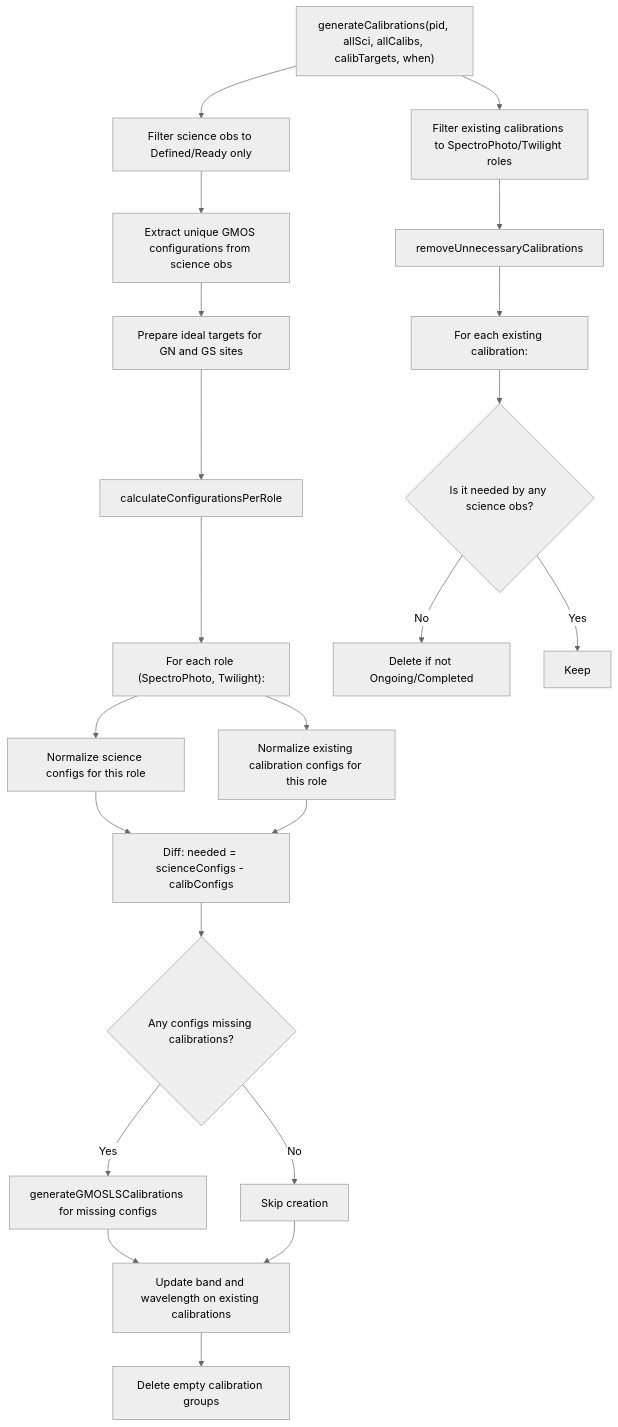
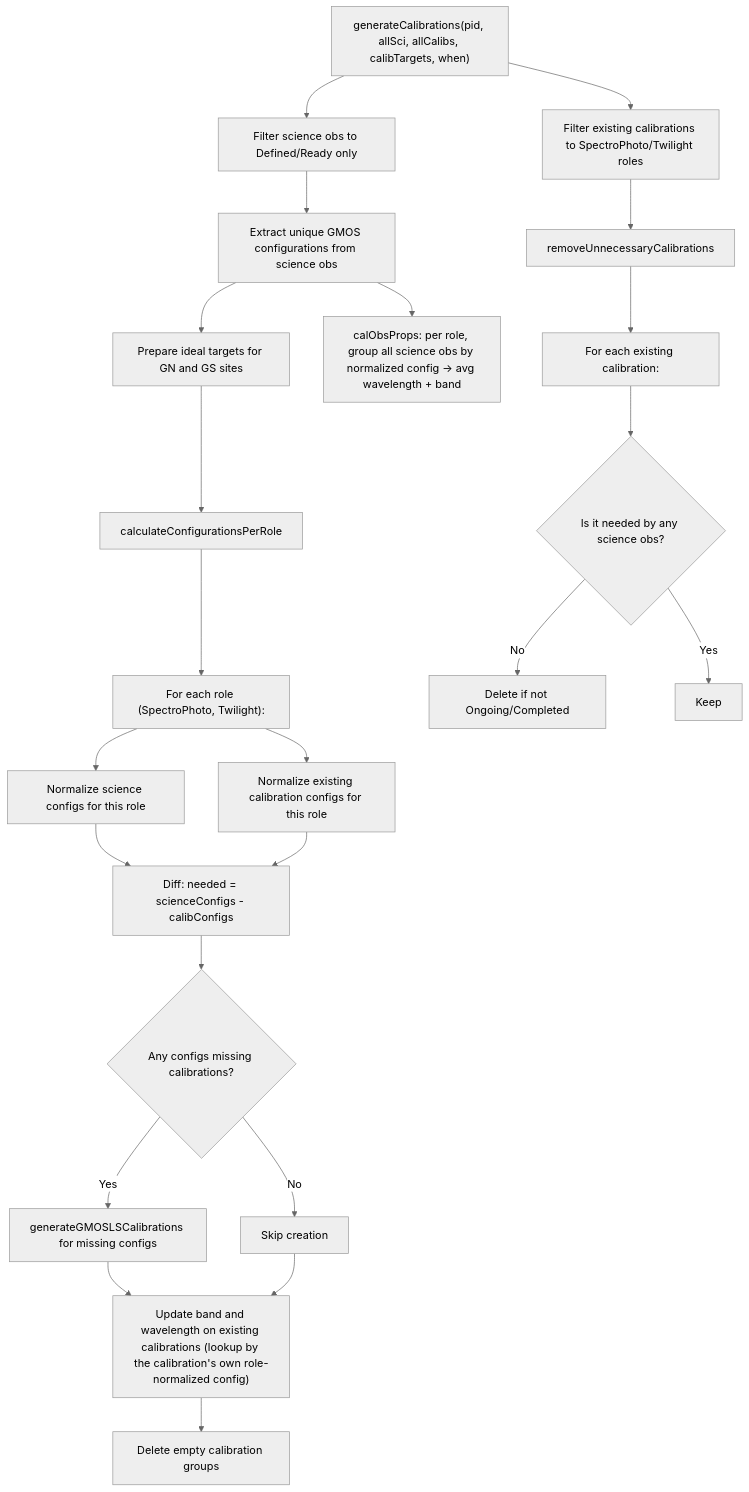
One commit to gemini-hlsw/lucuma-odb changed the fifth of 9 diagrams in modules/calibrations/calibration-generation-flow.md. Above: the diagram before and after it, drawn with Mermaid (neutral theme). The commit also changed other lines of this file, not shown here.

Commit message:
Update documentation for calibrations module

````diff
--- a/modules/calibrations/calibration-generation-flow.md
+++ b/modules/calibrations/calibration-generation-flow.md
@@ -156,29 +156,30 @@
 ```mermaid
 flowchart TD
     A["generateCalibrations(pid, allSci, allCalibs, calibTargets, when)"] --> B[Filter existing calibrations to SpectroPhoto/Twilight roles]
     A --> C[Filter science obs to Defined/Ready only]
 
     C --> D[Extract unique GMOS configurations from science obs]
     D --> E[Prepare ideal targets for GN and GS sites]
+    D --> D2["calObsProps: per role, group all science obs by normalized config -> avg wavelength + band"]
 
     E --> F[calculateConfigurationsPerRole]
     F --> G["For each role (SpectroPhoto, Twilight):"]
     G --> H[Normalize science configs for this role]
     G --> I[Normalize existing calibration configs for this role]
     H --> J["Diff: needed = scienceConfigs - calibConfigs"]
     I --> J
 
     J --> K{Any configs missing calibrations?}
     K -->|Yes| L[generateGMOSLSCalibrations for missing configs]
     K -->|No| M[Skip creation]
 
     B --> N[removeUnnecessaryCalibrations]
     N --> O[For each existing calibration:]
     O --> P{Is it needed by any science obs?}
     P -->|No| Q[Delete if not Ongoing/Completed]
     P -->|Yes| R[Keep]
 
-    L --> S[Update band and wavelength on existing calibrations]
+    L --> S["Update band and wavelength on existing calibrations (lookup by the calibration's own role-normalized config)"]
     M --> S
     S --> T[Delete empty calibration groups]
 ```
````
